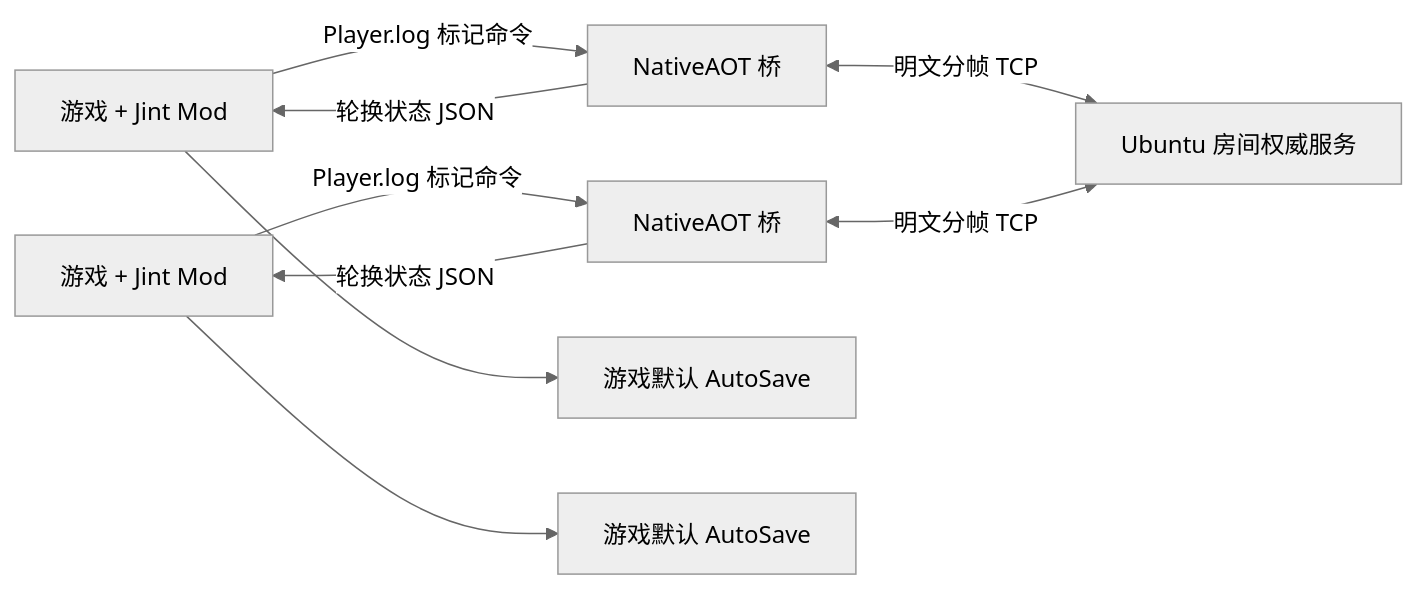
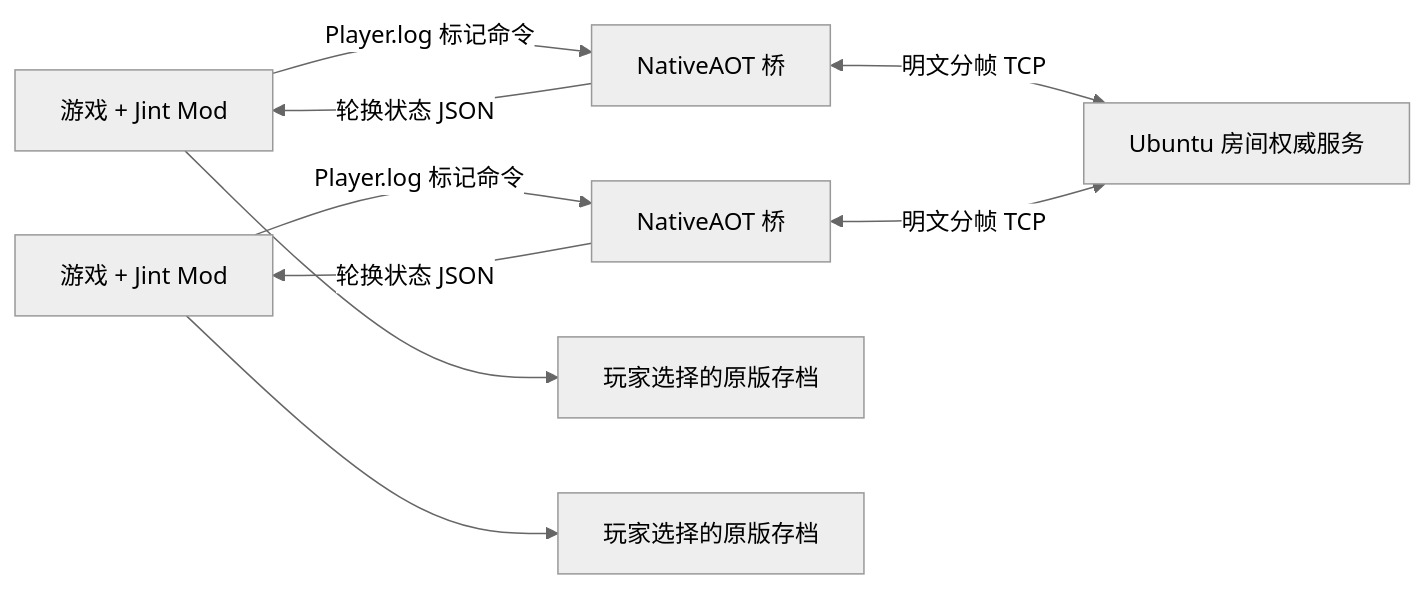
Before and after one commit to Sakura-QoQ/Multiplayer-Mod: the diagram in docs/ARCHITECTURE.zh-CN.md, drawn with Mermaid (neutral theme). The commit also changed other lines of this file and 8 other files, not shown here.

````diff
--- a/docs/ARCHITECTURE.zh-CN.md
+++ b/docs/ARCHITECTURE.zh-CN.md
@@ -7,11 +7,11 @@
 ```mermaid
 flowchart LR
     GameA[游戏 + Jint Mod] -->|Player.log 标记命令| BridgeA[NativeAOT 桥]
     BridgeA -->|轮换状态 JSON| GameA
     GameB[游戏 + Jint Mod] -->|Player.log 标记命令| BridgeB[NativeAOT 桥]
     BridgeB -->|轮换状态 JSON| GameB
     BridgeA <-->|明文分帧 TCP| Server[Ubuntu 房间权威服务]
     BridgeB <-->|明文分帧 TCP| Server
-    GameA --> SaveA[游戏默认 AutoSave]
-    GameB --> SaveB[游戏默认 AutoSave]
+    GameA --> SaveA[玩家选择的原版存档]
+    GameB --> SaveB[玩家选择的原版存档]
 ```
````
